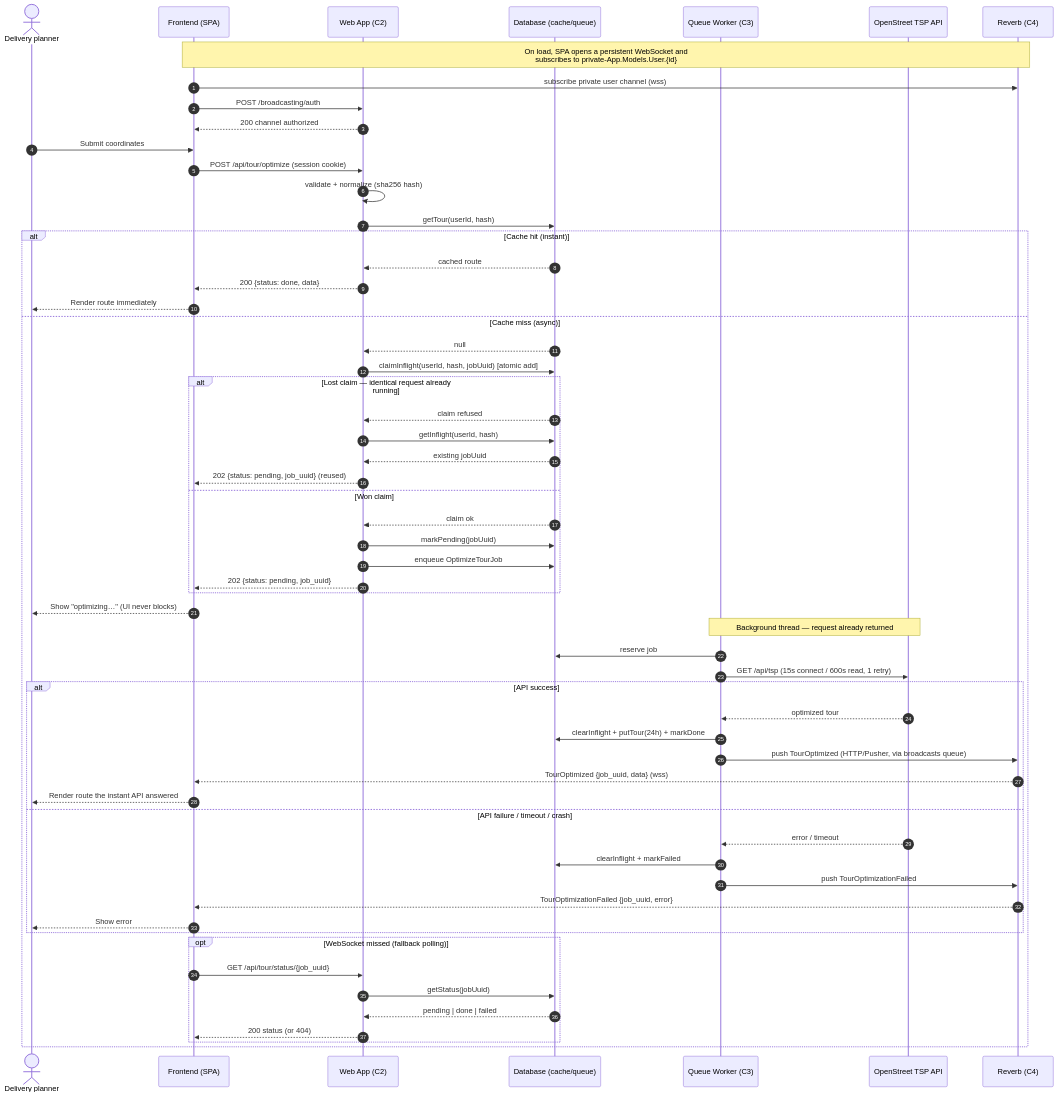
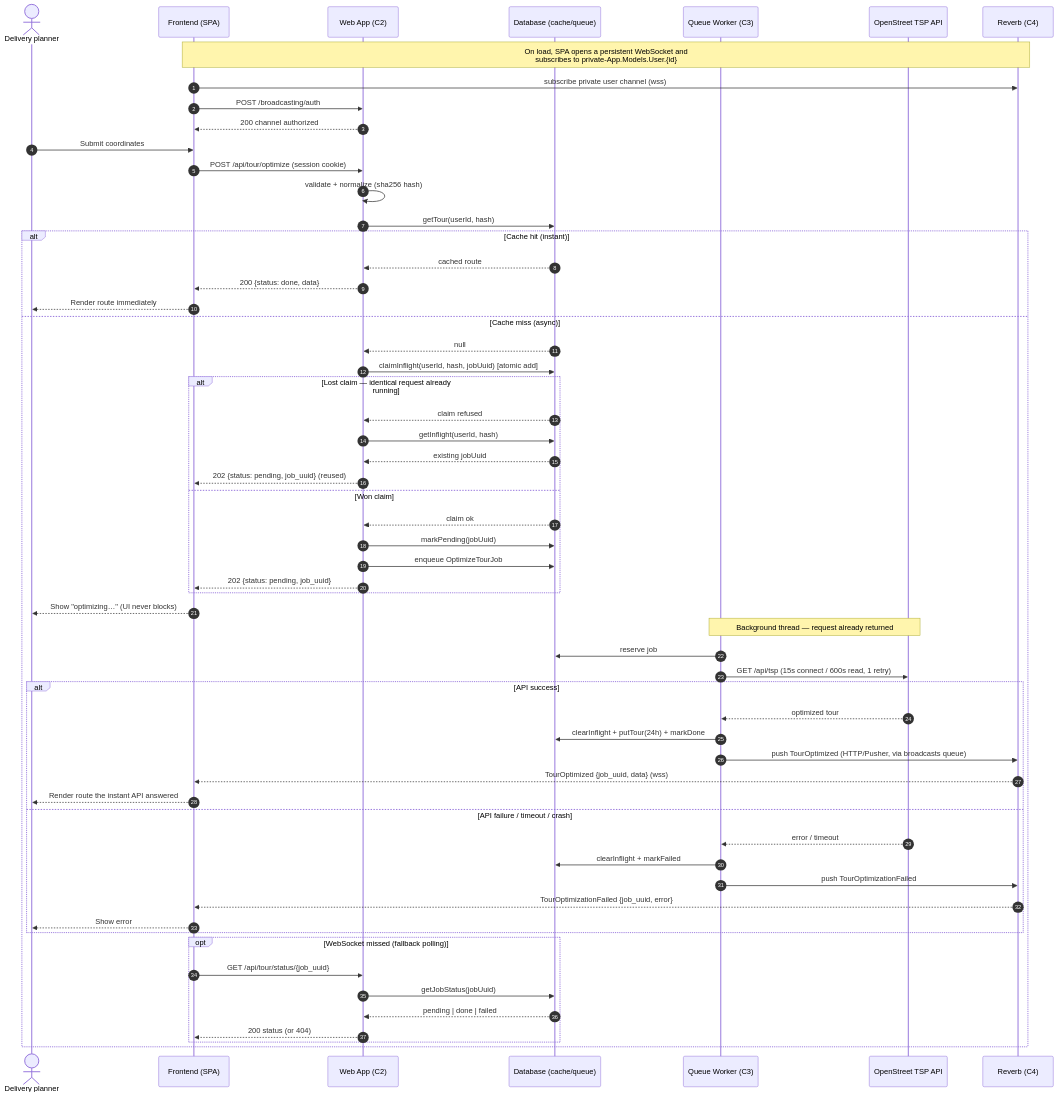
One commit to Bruoche/optistock changed the diagram in specs/001-delivery-route-optimization/_seq.mmd. Above: the diagram before and after it, drawn with Mermaid. The commit also changed 10 other files, not shown here.

```diff
--- a/specs/001-delivery-route-optimization/_seq.mmd
+++ b/specs/001-delivery-route-optimization/_seq.mmd
@@ -1,65 +1,65 @@
 sequenceDiagram
     autonumber
     actor U as Delivery planner
     participant F as Frontend (SPA)
     participant W as Web App (C2)
     participant DB as Database (cache/queue)
     participant Q as Queue Worker (C3)
     participant API as OpenStreet TSP API
     participant WS as Reverb (C4)
 
     Note over F,WS: On load, SPA opens a persistent WebSocket and<br/>subscribes to private-App.Models.User.{id}
     F->>WS: subscribe private user channel (wss)
     F->>W: POST /broadcasting/auth
     W-->>F: 200 channel authorized
 
     U->>F: Submit coordinates
     F->>W: POST /api/tour/optimize (session cookie)
     W->>W: validate + normalize (sha256 hash)
     W->>DB: getTour(userId, hash)
 
     alt Cache hit (instant)
         DB-->>W: cached route
         W-->>F: 200 {status: done, data}
         F-->>U: Render route immediately
     else Cache miss (async)
         DB-->>W: null
         W->>DB: claimInflight(userId, hash, jobUuid) [atomic add]
         alt Lost claim — identical request already running
             DB-->>W: claim refused
             W->>DB: getInflight(userId, hash)
             DB-->>W: existing jobUuid
             W-->>F: 202 {status: pending, job_uuid} (reused)
         else Won claim
             DB-->>W: claim ok
             W->>DB: markPending(jobUuid)
             W->>DB: enqueue OptimizeTourJob
             W-->>F: 202 {status: pending, job_uuid}
         end
         F-->>U: Show "optimizing…" (UI never blocks)
 
         Note over Q,API: Background thread — request already returned
         Q->>DB: reserve job
         Q->>API: GET /api/tsp (15s connect / 600s read, 1 retry)
 
         alt API success
             API-->>Q: optimized tour
             Q->>DB: clearInflight + putTour(24h) + markDone
             Q->>WS: push TourOptimized (HTTP/Pusher, via broadcasts queue)
             WS-->>F: TourOptimized {job_uuid, data} (wss)
             F-->>U: Render route the instant API answered
         else API failure / timeout / crash
             API-->>Q: error / timeout
             Q->>DB: clearInflight + markFailed
             Q->>WS: push TourOptimizationFailed
             WS-->>F: TourOptimizationFailed {job_uuid, error}
             F-->>U: Show error
         end
 
         opt WebSocket missed (fallback polling)
             F->>W: GET /api/tour/status/{job_uuid}
-            W->>DB: getStatus(jobUuid)
+            W->>DB: getJobStatus(jobUuid)
             DB-->>W: pending | done | failed
             W-->>F: 200 status (or 404)
         end
     end
```
